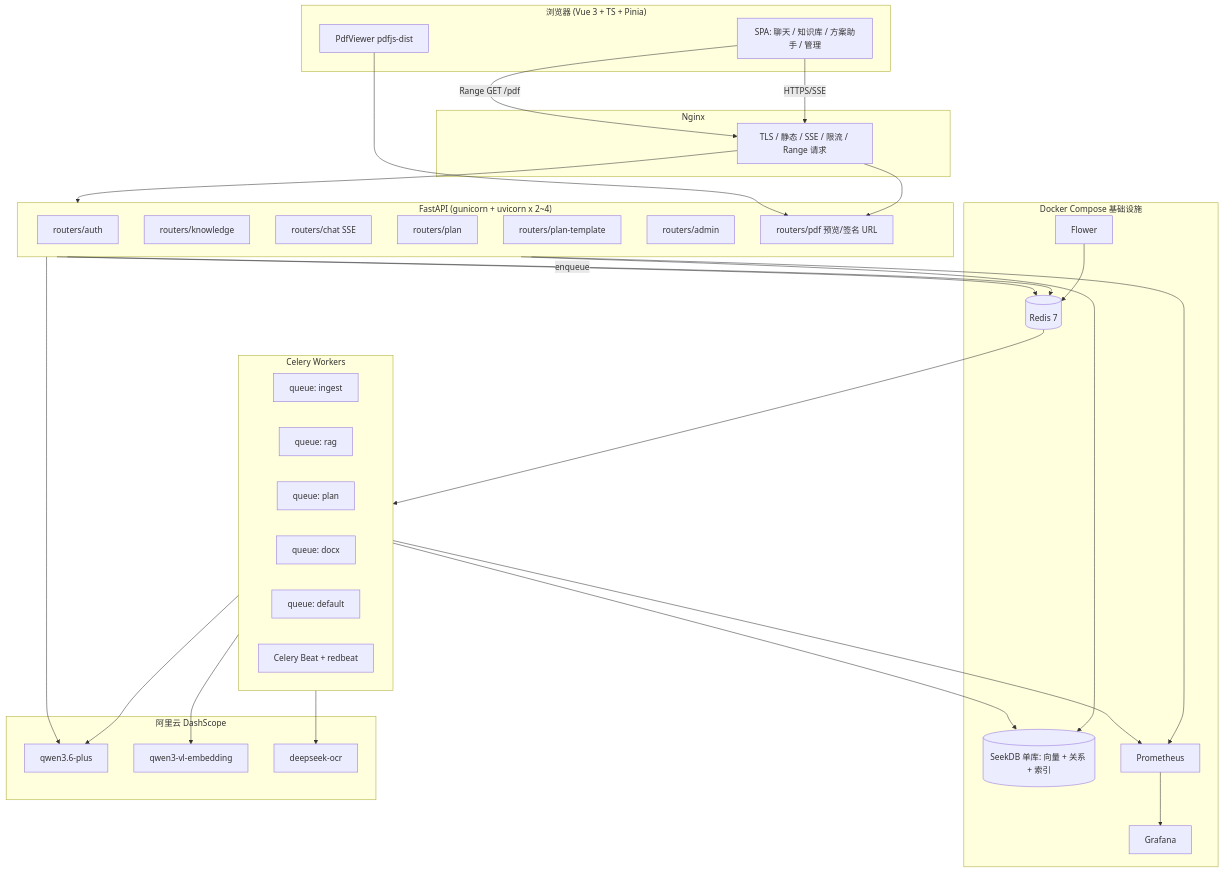
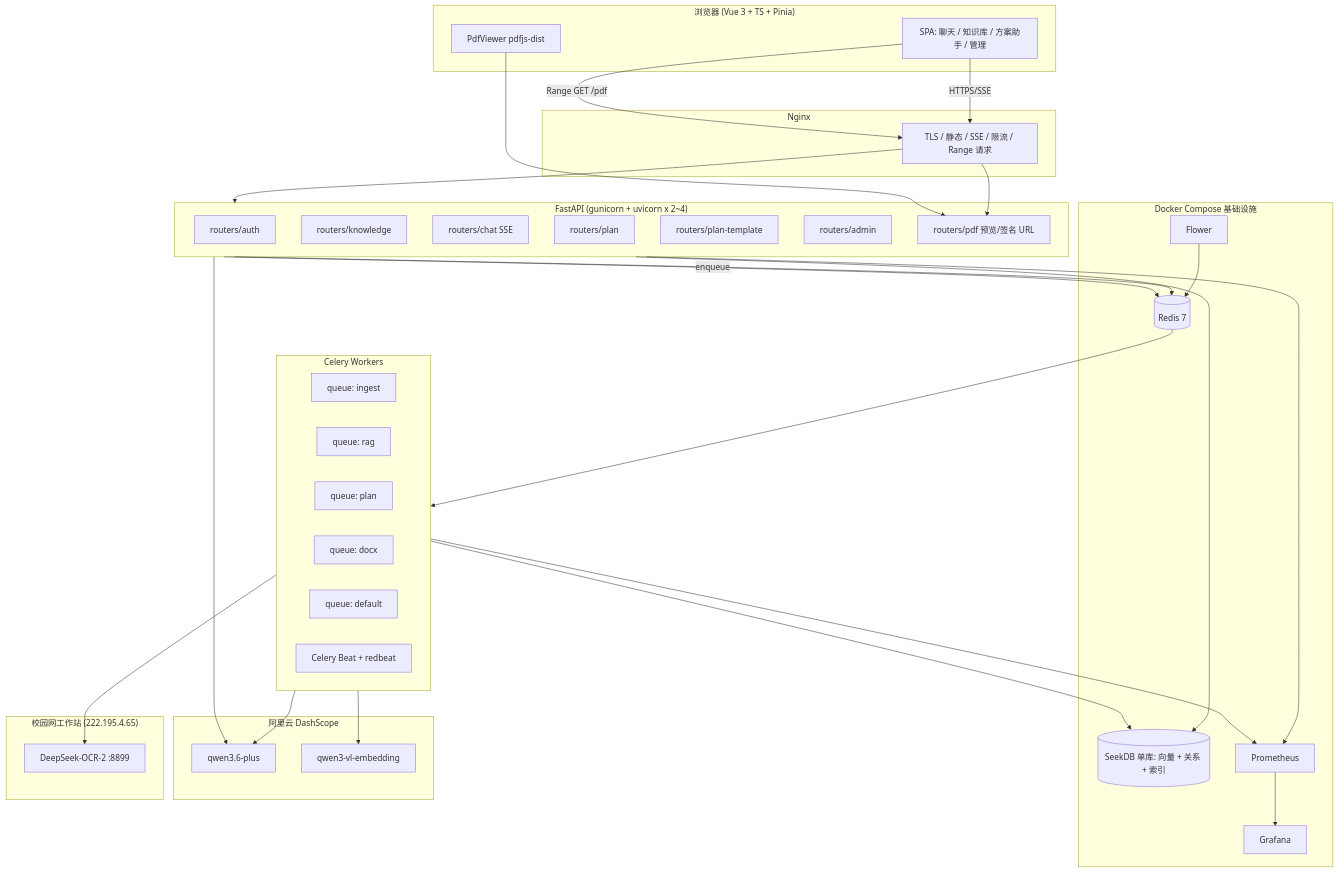
Before and after one commit to vimself/ZhongMeiRagProject2.0: the diagram in docs/ultimate-refactor.md, drawn with Mermaid. The commit also changed other lines of this file and 12 other files, not shown here.

First line of the commit message:
feat: add self-hosted DeepSeek-OCR-2 service and update docs

````diff
--- a/docs/ultimate-refactor.md
+++ b/docs/ultimate-refactor.md
@@ -107,61 +107,64 @@
 ```mermaid
 graph TB
     subgraph Browser["浏览器 (Vue 3 + TS + Pinia)"]
         UI[SPA: 聊天 / 知识库 / 方案助手 / 管理]
         PDFV[PdfViewer pdfjs-dist]
     end
 
     subgraph Edge["Nginx"]
         NG[TLS / 静态 / SSE / 限流 / Range 请求]
     end
 
     subgraph API["FastAPI (gunicorn + uvicorn x 2~4)"]
         R1[routers/auth]
         R2[routers/knowledge]
         R3[routers/chat SSE]
         R4[routers/plan]
         R5[routers/plan-template]
         R6[routers/admin]
         R7[routers/pdf 预览/签名 URL]
     end
 
     subgraph Workers["Celery Workers"]
         W1[queue: ingest]
         W2[queue: rag]
         W3[queue: plan]
         W4[queue: docx]
         W5[queue: default]
         BEAT[Celery Beat + redbeat]
     end
 
     subgraph Infra["Docker Compose 基础设施"]
         REDIS[(Redis 7)]
         SEEK[(SeekDB 单库: 向量 + 关系 + 索引)]
         PROM[Prometheus]
         GRAF[Grafana]
         FLOW[Flower]
     end
 
     subgraph Cloud["阿里云 DashScope"]
         LLM[qwen3.6-plus]
         EMB[qwen3-vl-embedding]
-        OCR[deepseek-ocr]
+    end
+
+    subgraph Campus["校园网工作站 (222.195.4.65)"]
+        OCR[DeepSeek-OCR-2 :8899]
     end
 
     UI -->|HTTPS/SSE| NG --> API
     UI -->|Range GET /pdf| NG --> R7
     PDFV --> R7
     API -->|enqueue| REDIS
     REDIS --> Workers
     API --> SEEK
     Workers --> SEEK
     Workers --> OCR
     Workers --> EMB
     Workers --> LLM
     API --> LLM
     API --> REDIS
     API --> PROM
     Workers --> PROM
     PROM --> GRAF
     FLOW --> REDIS
 ```
````
